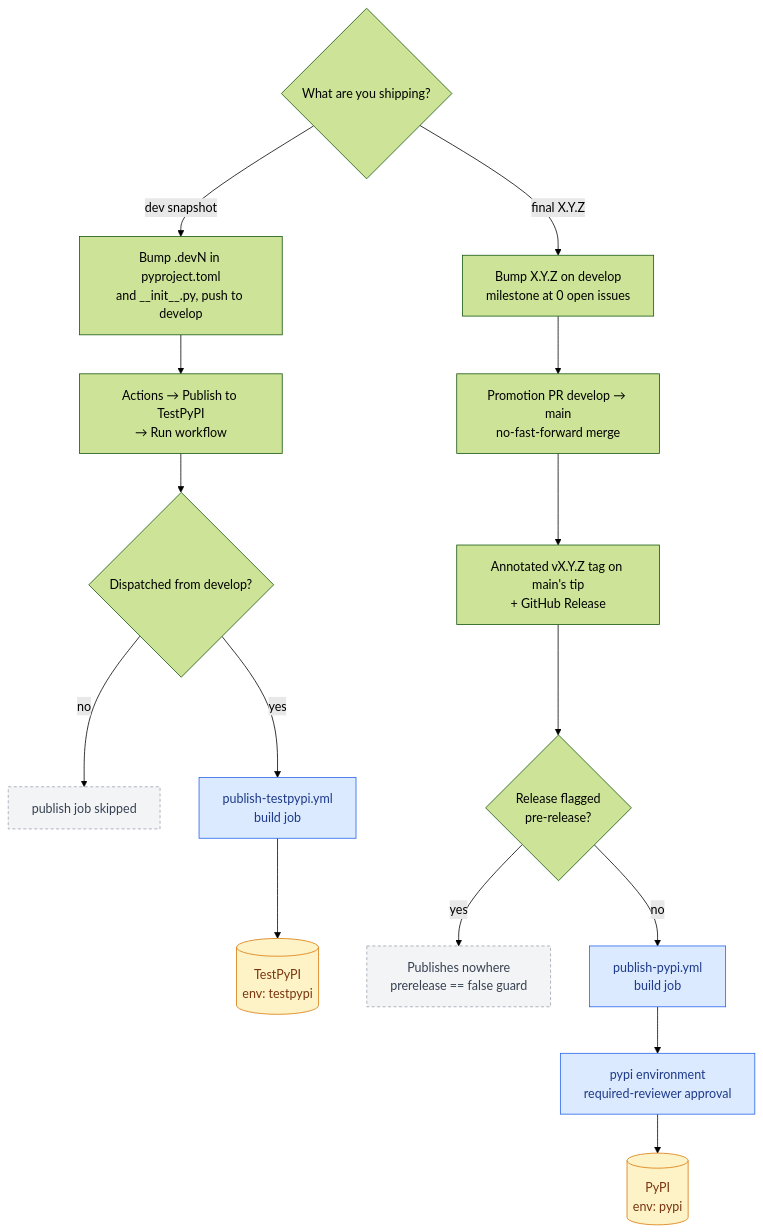
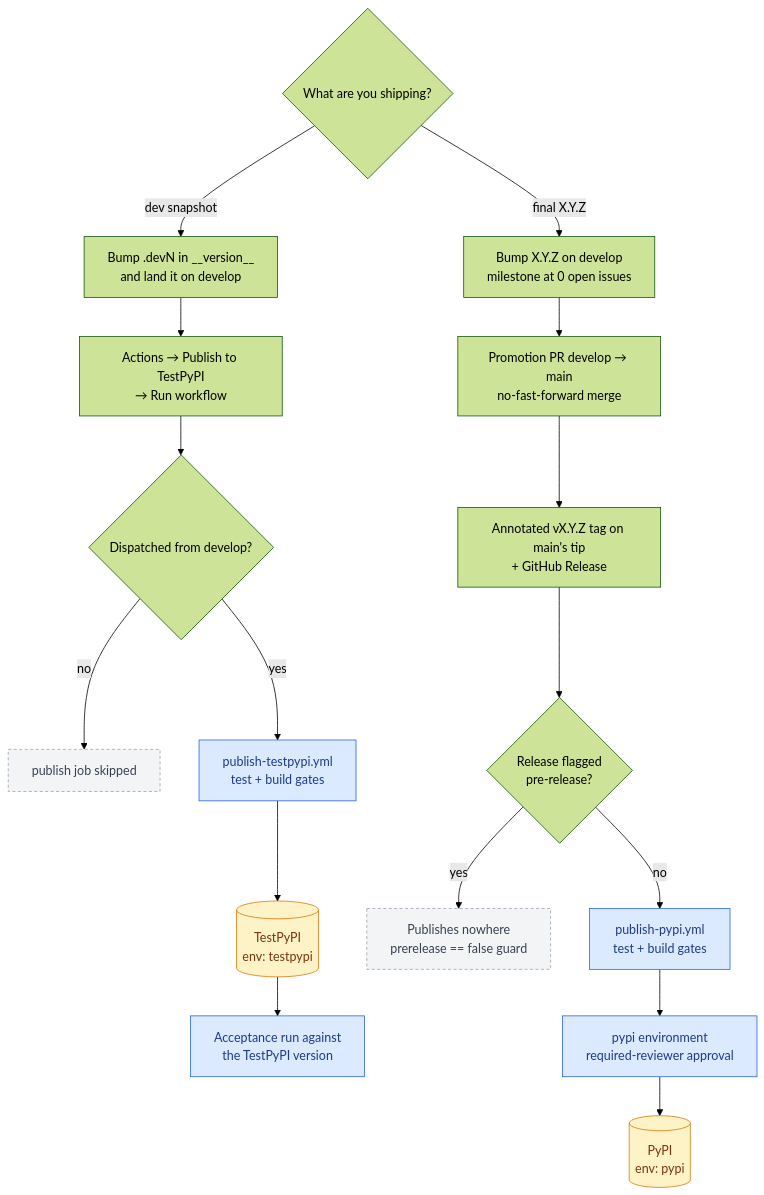
The second of 4 diagrams in docs/releasing.md (Donkey-Development-Kit/donkey-development-kit), drawn with Mermaid (forest theme) before and after one commit. The commit also changed other lines of this file and 11 other files, not shown here.

````diff
--- a/docs/releasing.md
+++ b/docs/releasing.md
@@ -136,27 +142,28 @@
 ```mermaid
 flowchart TD
   start{What are you shipping?}
 
-  start -->|dev snapshot| bump["Bump .devN in pyproject.toml<br/>and __init__.py, push to develop"]
+  start -->|dev snapshot| bump["Bump .devN in __version__<br/>and land it on develop"]
   bump --> dispatch["Actions → Publish to TestPyPI<br/>→ Run workflow"]
   dispatch --> ref{Dispatched from develop?}
   ref -->|no| skipped["publish job skipped"]
-  ref -->|yes| tbuild["publish-testpypi.yml<br/>build job"]
+  ref -->|yes| tbuild["publish-testpypi.yml<br/>test + build gates"]
   tbuild --> testpypi[("TestPyPI<br/>env: testpypi")]
+  testpypi --> accept["Acceptance run against<br/>the TestPyPI version"]
 
   start -->|final X.Y.Z| finish["Bump X.Y.Z on develop<br/>milestone at 0 open issues"]
   finish --> promote["Promotion PR develop → main<br/>no-fast-forward merge"]
   promote --> tag["Annotated vX.Y.Z tag on main's tip<br/>+ GitHub Release"]
   tag --> pre{Release flagged<br/>pre-release?}
   pre -->|yes| nowhere["Publishes nowhere<br/>prerelease == false guard"]
-  pre -->|no| pbuild["publish-pypi.yml<br/>build job"]
+  pre -->|no| pbuild["publish-pypi.yml<br/>test + build gates"]
   pbuild --> approve["pypi environment<br/>required-reviewer approval"]
   approve --> pypi[("PyPI<br/>env: pypi")]
 
   classDef gate fill:#dbeafe,stroke:#2563eb,color:#1e3a8a
   classDef publish fill:#fef3c7,stroke:#d97706,color:#78350f
   classDef dead fill:#f3f4f6,stroke:#9ca3af,color:#374151,stroke-dasharray: 4 3
-  class tbuild,pbuild,approve gate
+  class tbuild,pbuild,approve,accept gate
   class testpypi,pypi publish
   class skipped,nowhere dead
 ```
````
